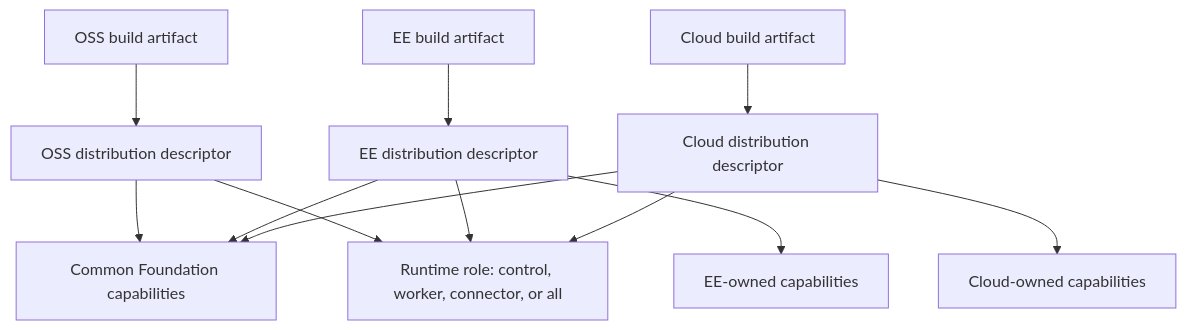
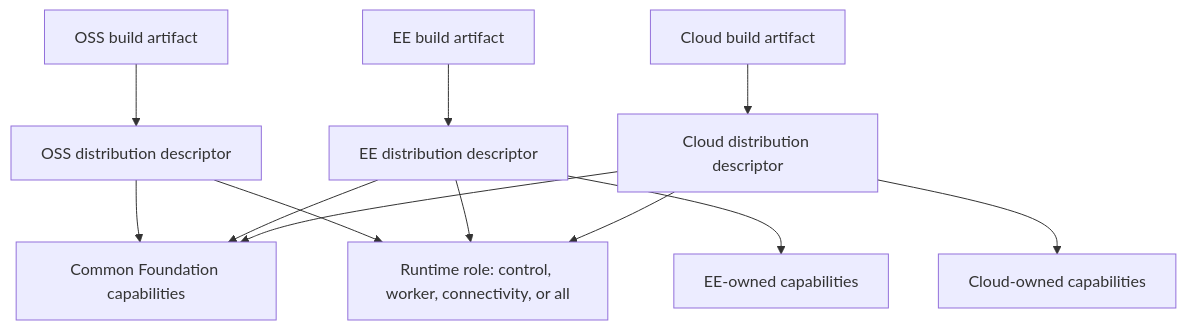
Before and after one commit to LTThreeComma/agent-foundation: the second of 2 diagrams in spec/foundation-service/02-distribution-composition-and-extensions.md, drawn with Mermaid. The commit also changed other lines of this file and 81 other files, not shown here.

First line of the commit message:
refactor(connectivity): replace legacy connector architecture (#96)

````diff
--- a/spec/foundation-service/02-distribution-composition-and-extensions.md
+++ b/spec/foundation-service/02-distribution-composition-and-extensions.md
@@ -46,12 +40,12 @@
 ```mermaid
 flowchart TB
     OSSArtifact[OSS build artifact] --> OSS[OSS distribution descriptor]
     EEArtifact[EE build artifact] --> EE[EE distribution descriptor]
     CloudArtifact[Cloud build artifact] --> Cloud[Cloud distribution descriptor]
     OSS --> Common[Common Foundation capabilities]
     EE --> Common
     Cloud --> Common
     EE --> EEFeatures[EE-owned capabilities]
     Cloud --> CloudFeatures[Cloud-owned capabilities]
-    OSS & EE & Cloud --> Roles[Runtime role: control, worker, connector, or all]
+    OSS & EE & Cloud --> Roles[Runtime role: control, worker, connectivity, or all]
 ```
````
